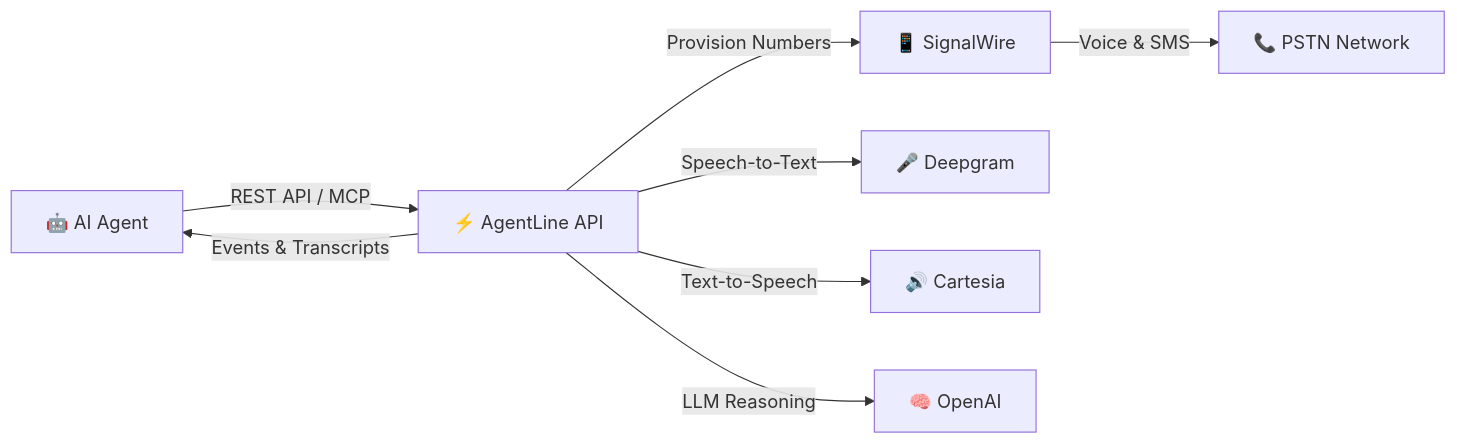
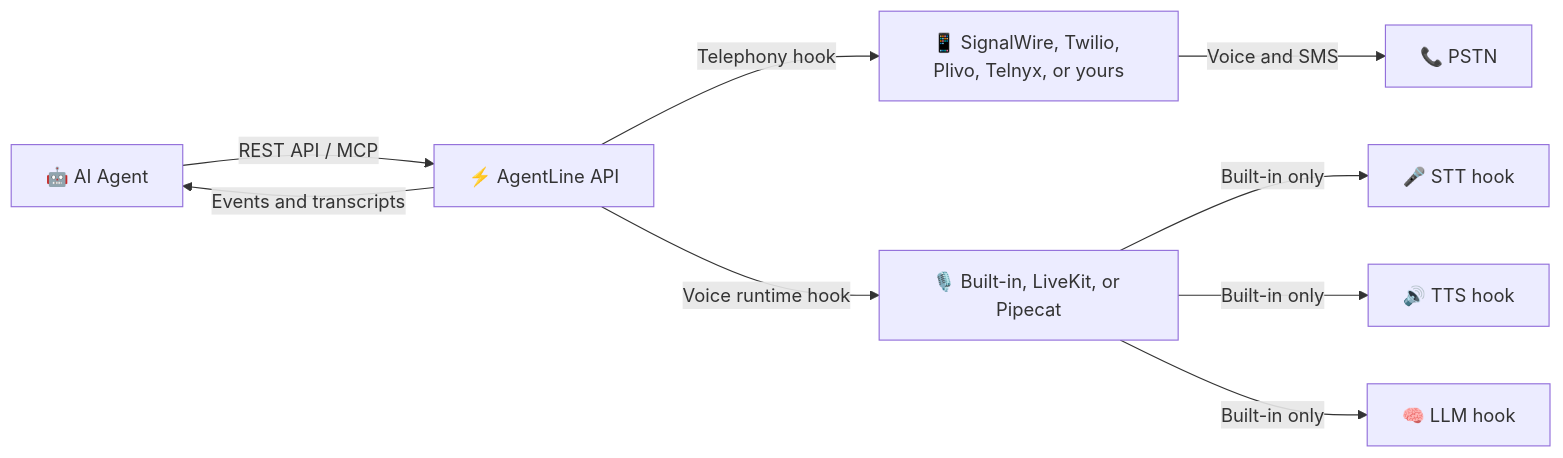
The diagram in README.md (AgentLineHQ/AgentLine), drawn with Mermaid before and after one commit. The commit also changed other lines of this file and 49 other files, not shown here.

````diff
--- a/README.md
+++ b/README.md
@@ -65,10 +66,11 @@
 ```mermaid
 graph LR
     A["🤖 AI Agent"] -->|REST API / MCP| B["⚡ AgentLine API"]
-    B -->|Provision Numbers| C["📱 SignalWire"]
-    B -->|Speech-to-Text| D["🎤 Deepgram"]
-    B -->|Text-to-Speech| E["🔊 Cartesia"]
-    B -->|LLM Reasoning| F["🧠 OpenAI"]
-    C -->|Voice & SMS| G["📞 PSTN Network"]
-    B -->|Events & Transcripts| A
+    B -->|Telephony hook| C["📱 SignalWire, Twilio, Plivo, Telnyx, or yours"]
+    B -->|Voice runtime hook| H["🎙️ Built-in, LiveKit, or Pipecat"]
+    H -->|Built-in only| D["🎤 STT hook"]
+    H -->|Built-in only| E["🔊 TTS hook"]
+    H -->|Built-in only| F["🧠 LLM hook"]
+    C -->|Voice and SMS| G["📞 PSTN"]
+    B -->|Events and transcripts| A
 ```
````
